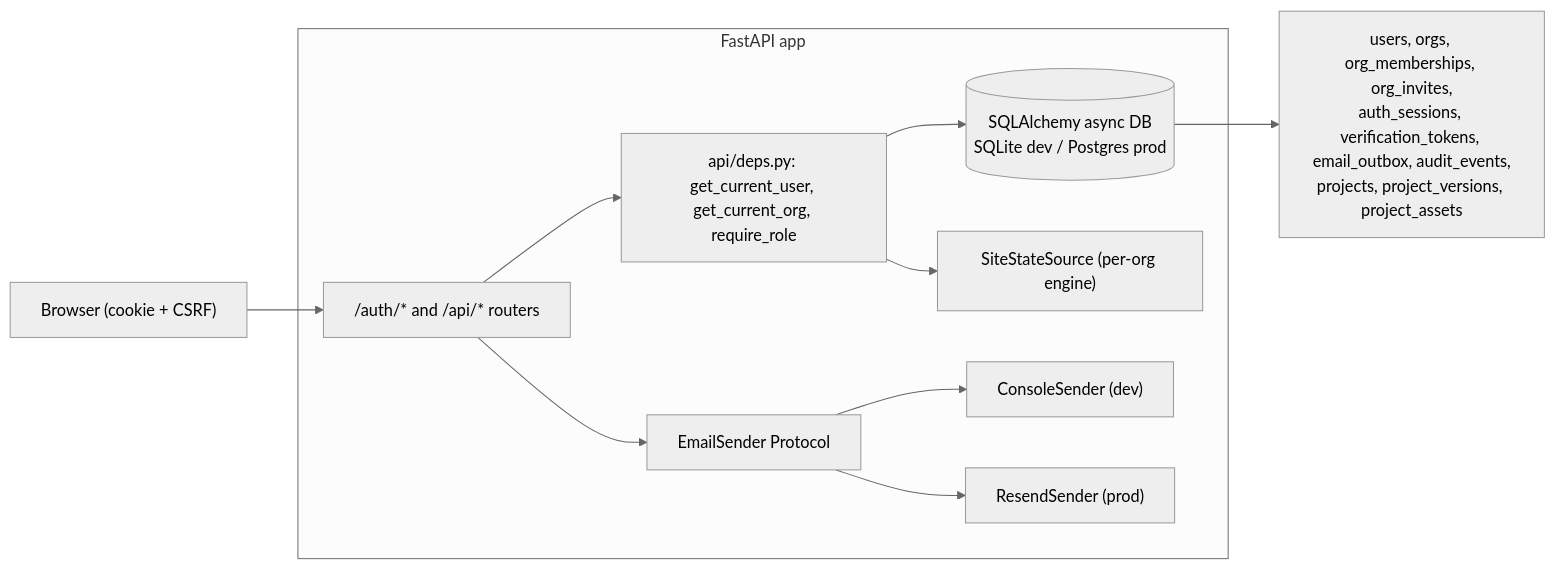
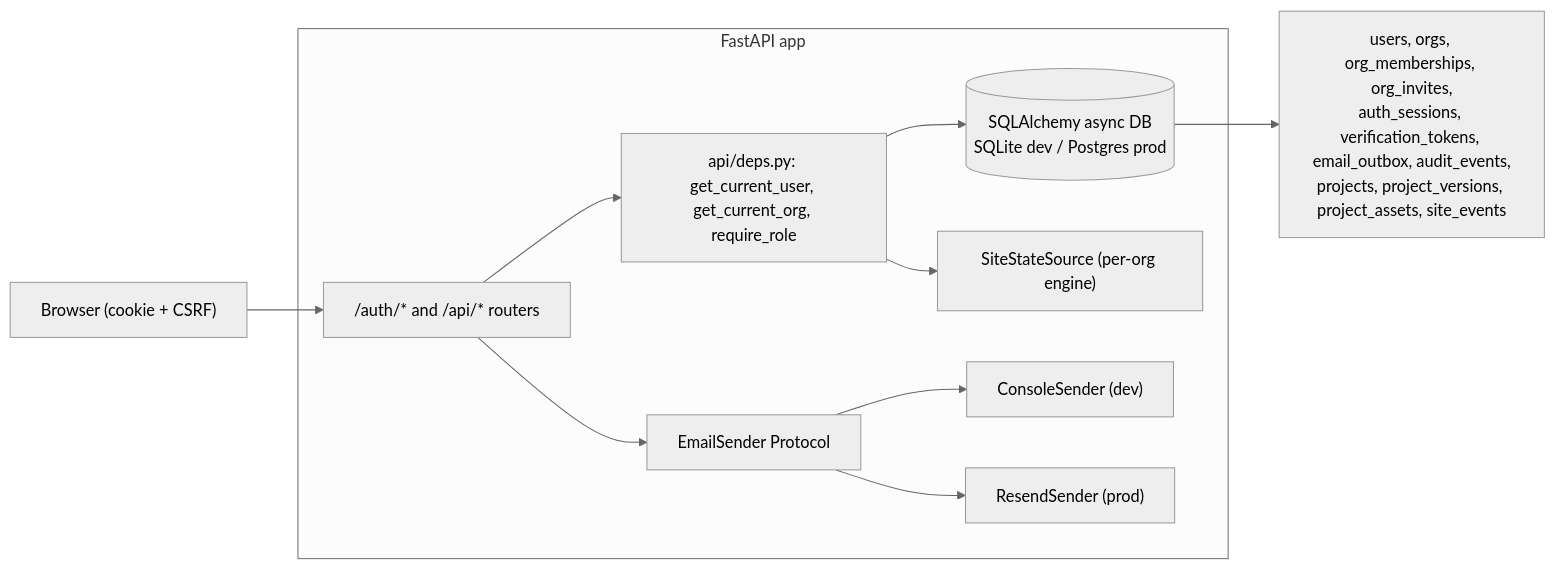
The diagram in claude.md (deepweather/siteiq), drawn with Mermaid (neutral theme) before and after one commit. The commit also changed other lines of this file and 47 other files, not shown here.

````diff
--- a/claude.md
+++ b/claude.md
@@ -162,14 +170,14 @@
 ```mermaid
 flowchart LR
     Browser["Browser (cookie + CSRF)"] --> Routes
     subgraph backend [FastAPI app]
         Routes["/auth/* and /api/* routers"]
         Routes --> Deps["api/deps.py: get_current_user, get_current_org, require_role"]
         Deps --> DB[("SQLAlchemy async DB<br/>SQLite dev / Postgres prod")]
         Deps --> Source["SiteStateSource (per-org engine)"]
         Routes --> Email["EmailSender Protocol"]
         Email --> Console["ConsoleSender (dev)"]
         Email --> Resend["ResendSender (prod)"]
     end
-    DB --> Tables["users, orgs, org_memberships, org_invites,<br/>auth_sessions, verification_tokens, email_outbox, audit_events,<br/>projects, project_versions, project_assets"]
+    DB --> Tables["users, orgs, org_memberships, org_invites,<br/>auth_sessions, verification_tokens, email_outbox, audit_events,<br/>projects, project_versions, project_assets, site_events"]
 ```
````
